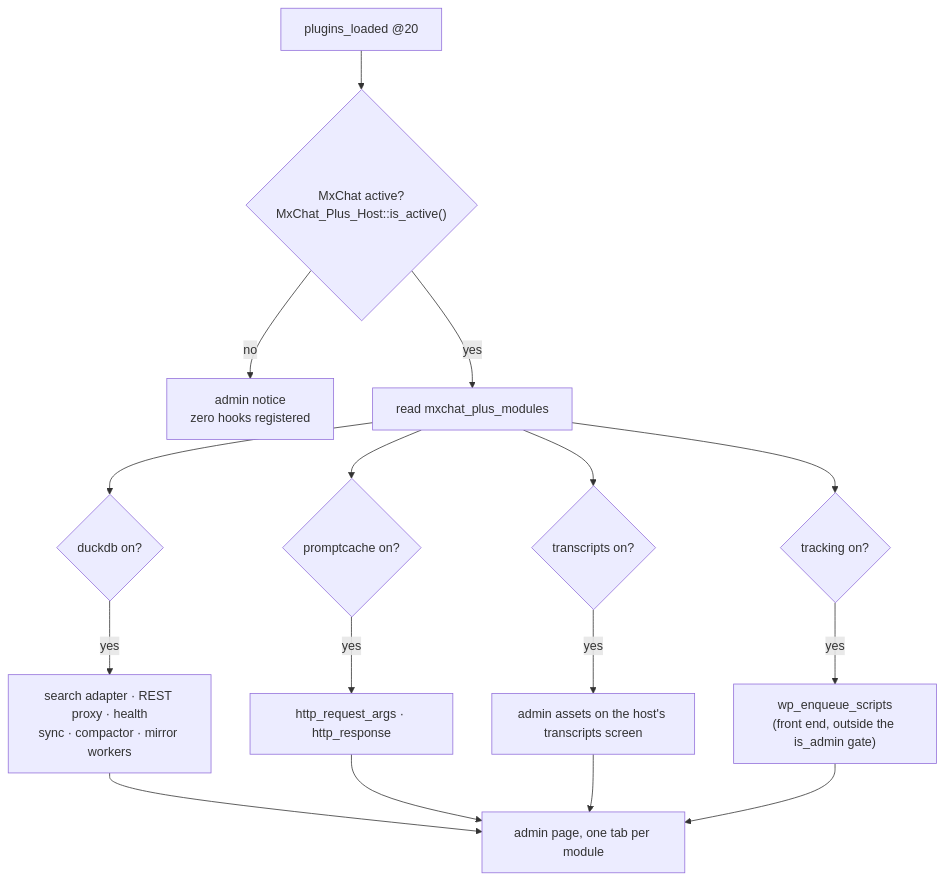
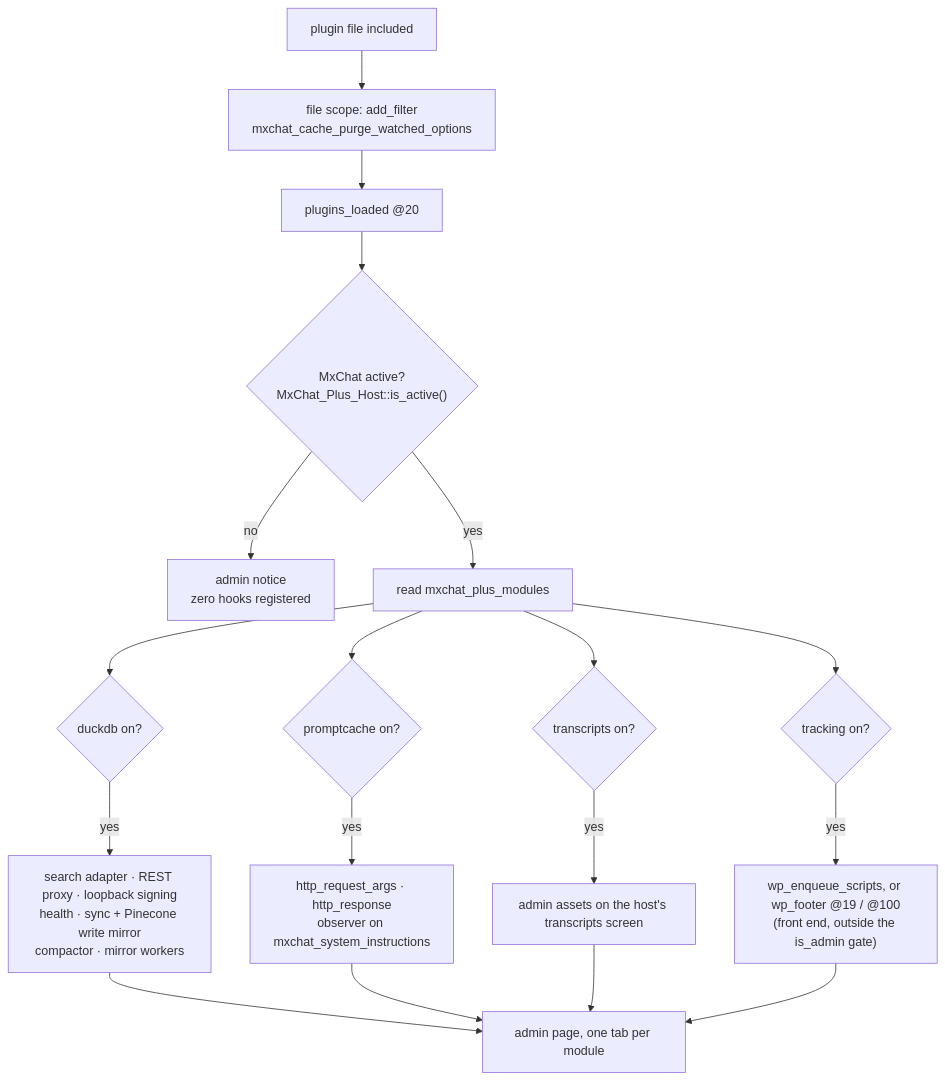
One commit to PaulArgoud/MxChat-Plus changed the first of 3 diagrams in ARCHITECTURE.md. Above: the diagram before and after it, drawn with Mermaid. The commit also changed other lines of this file and 101 other files, not shown here.

First line of the commit message:
Make MxChat Plus compatible with MxChat 3.2.25 and bump to 1.1.0

````diff
--- a/ARCHITECTURE.md
+++ b/ARCHITECTURE.md
@@ -40,18 +44,20 @@
 ```mermaid
 flowchart TD
-    A["plugins_loaded @20"] --> B{"MxChat active?<br/>MxChat_Plus_Host::is_active()"}
+    Z["plugin file included"] --> Z1["file scope: add_filter<br/>mxchat_cache_purge_watched_options"]
+    Z1 --> A["plugins_loaded @20"]
+    A --> B{"MxChat active?<br/>MxChat_Plus_Host::is_active()"}
     B -- no --> C["admin notice<br/>zero hooks registered"]
     B -- yes --> D["read mxchat_plus_modules"]
     D --> E{duckdb on?}
     D --> F{promptcache on?}
     D --> G{transcripts on?}
     D --> I{tracking on?}
-    E -- yes --> E1["search adapter · REST proxy · health<br/>sync · compactor · mirror workers"]
-    F -- yes --> F1["http_request_args · http_response"]
+    E -- yes --> E1["search adapter · REST proxy · loopback signing<br/>health · sync + Pinecone write mirror<br/>compactor · mirror workers"]
+    F -- yes --> F1["http_request_args · http_response<br/>observer on mxchat_system_instructions"]
     G -- yes --> G1["admin assets on the host's transcripts screen"]
-    I -- yes --> I1["wp_enqueue_scripts<br/>(front end, outside the is_admin gate)"]
+    I -- yes --> I1["wp_enqueue_scripts, or wp_footer @19 / @100<br/>(front end, outside the is_admin gate)"]
     E1 --> H["admin page, one tab per module"]
     F1 --> H
     G1 --> H
     I1 --> H
 ```
````
